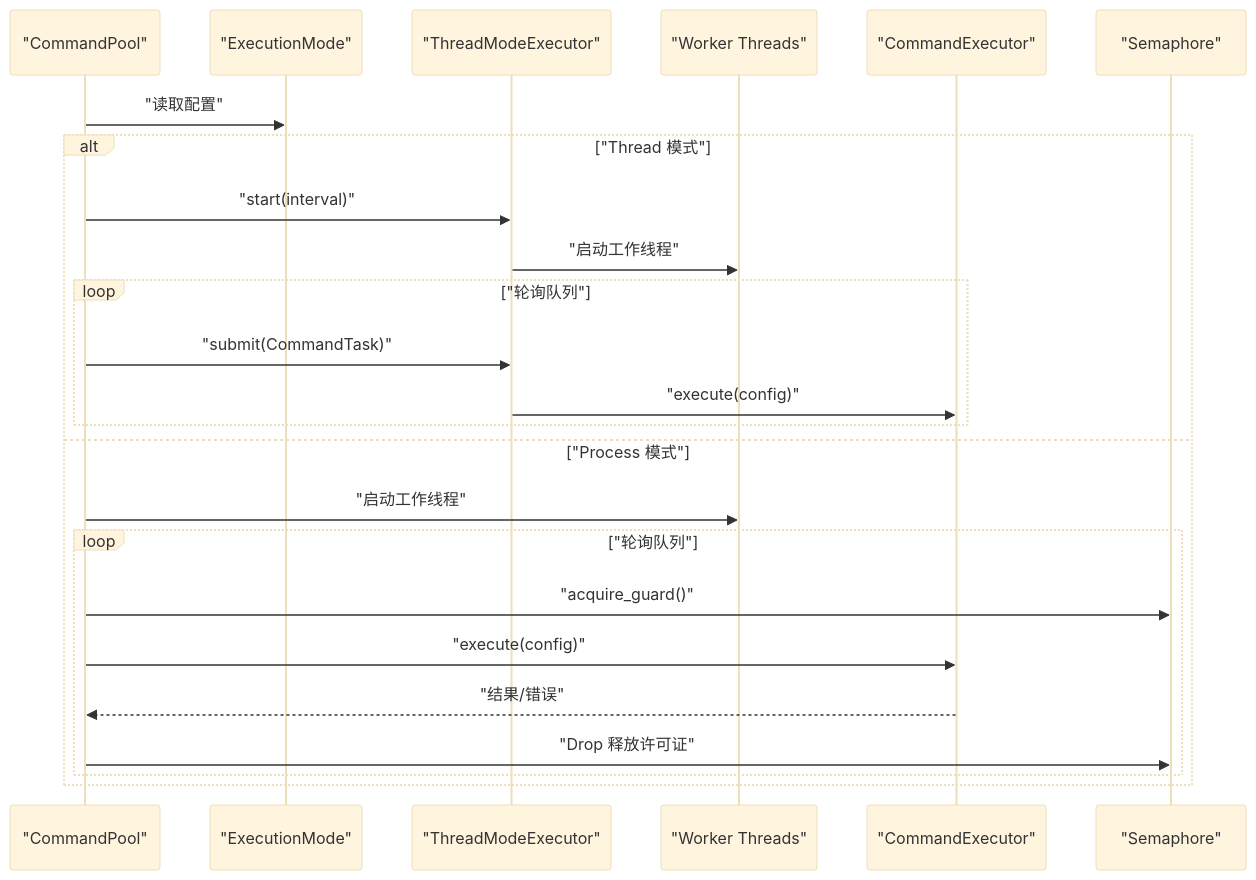
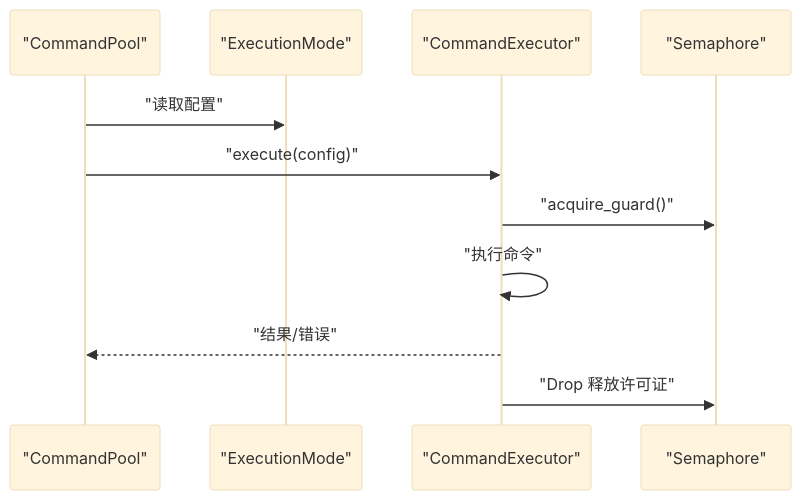
One commit to xcry2006/execute changed the fourth of 6 diagrams in .qoder/repowiki/zh/content/执行器系统/自定义执行器开发.md. Above: the diagram before and after it, drawn with Mermaid (base theme). The commit also changed other lines of this file and 6 other files, not shown here.

````diff
--- a/.qoder/repowiki/zh/content/执行器系统/自定义执行器开发.md
+++ b/.qoder/repowiki/zh/content/执行器系统/自定义执行器开发.md
@@ -230,26 +187,13 @@
 ```mermaid
 sequenceDiagram
 participant Pool as "CommandPool"
 participant Mode as "ExecutionMode"
-participant TE as "ThreadModeExecutor"
-participant W as "Worker Threads"
 participant Exec as "CommandExecutor"
 participant Sem as "Semaphore"
 Pool->>Mode : "读取配置"
-alt "Thread 模式"
-Pool->>TE : "start(interval)"
-TE->>W : "启动工作线程"
-loop "轮询队列"
-Pool->>TE : "submit(CommandTask)"
-TE->>Exec : "execute(config)"
-end
-else "Process 模式"
-Pool->>W : "启动工作线程"
-loop "轮询队列"
-Pool->>Sem : "acquire_guard()"
 Pool->>Exec : "execute(config)"
+Exec->>Sem : "acquire_guard()"
+Exec->>Exec : "执行命令"
 Exec-->>Pool : "结果/错误"
-Pool->>Sem : "Drop 释放许可证"
-end
-end
+Exec->>Sem : "Drop 释放许可证"
 ```
````
